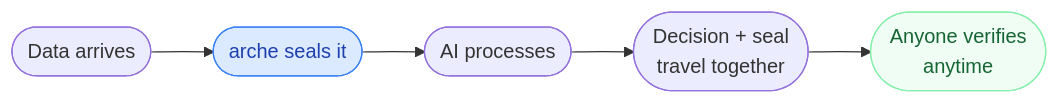
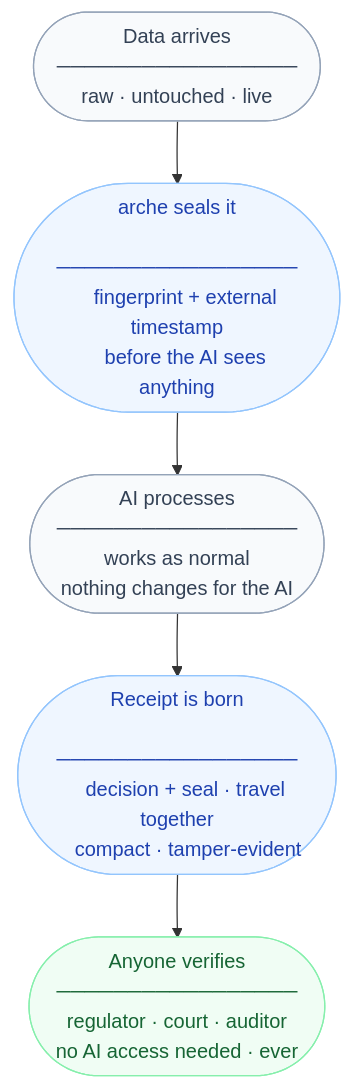
One commit to SpyrosArg/Verum changed the second of 2 diagrams in README.md. Above: the diagram before and after it, drawn with Mermaid. The commit also changed other lines of this file, not shown here.

First line of the commit message:
Revise diagrams and examples in README.md

````diff
--- a/README.md
+++ b/README.md
@@ -36,10 +52,37 @@
 ```mermaid
-flowchart LR
-    A([Data arrives]) --> B([arche seals it])
-    B --> C([AI processes])
-    C --> D([Decision + seal\ntravel together])
-    D --> E([Anyone verifies\nanytime])
+flowchart TD
+    A(["  Data arrives
+    ─────────────────
+    raw · untouched · live"])
 
-    style B fill:#dbeafe,stroke:#3b82f6,color:#1e40af
+    B(["  arche seals it
+    ─────────────────
+    fingerprint + external timestamp
+    before the AI sees anything"])
+
+    C(["  AI processes
+    ─────────────────
+    works as normal
+    nothing changes for the AI"])
+
+    D(["  Receipt is born
+    ─────────────────
+    decision + seal · travel together
+    compact · tamper-evident"])
+
+    E(["  Anyone verifies
+    ─────────────────
+    regulator · court · auditor
+    no AI access needed · ever"])
+
+    A --> B
+    B --> C
+    C --> D
+    D --> E
+
+    style A fill:#f8fafc,stroke:#94a3b8,color:#334155
+    style B fill:#eff6ff,stroke:#93c5fd,color:#1e40af
+    style C fill:#f8fafc,stroke:#94a3b8,color:#334155
+    style D fill:#eff6ff,stroke:#93c5fd,color:#1e40af
     style E fill:#f0fdf4,stroke:#86efac,color:#166534
 ```
````
